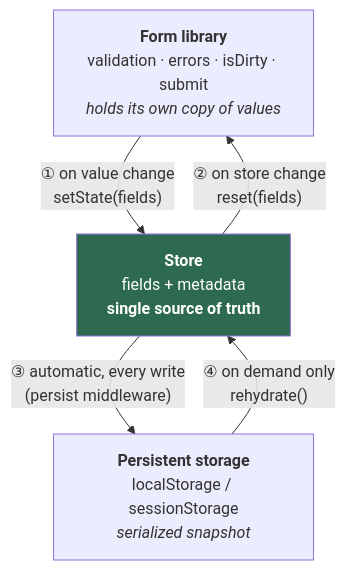
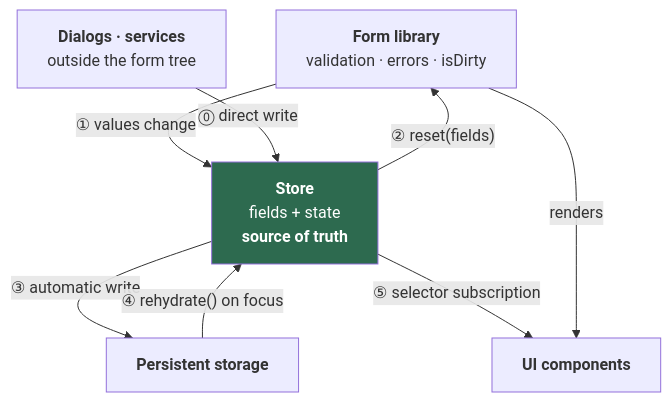
Before and after one commit to jadecubes/multi-party-state-sync: the first of 6 diagrams in README.md, drawn with Mermaid. The commit also changed other lines of this file, not shown here.

````diff
--- a/README.md
+++ b/README.md
@@ -66,13 +7,19 @@
 ```mermaid
 flowchart TB
-    F["<b>Form library</b><br/>validation · errors · isDirty · submit<br/><i>holds its own copy of values</i>"]
-    S["<b>Store</b><br/>fields + metadata<br/><b>single source of truth</b>"]
-    P["<b>Persistent storage</b><br/>localStorage / sessionStorage<br/><i>serialized snapshot</i>"]
+    F["<b>Form library</b><br/>validation · errors · isDirty"]
+    S["<b>Store</b><br/>fields + state<br/><b>source of truth</b>"]
+    P["<b>Persistent storage</b>"]
+    U["<b>UI components</b>"]
 
-    F -- "① on value change<br/>setState(fields)" --> S
-    S -- "② on store change<br/>reset(fields)" --> F
-    S -- "③ automatic, every write<br/>(persist middleware)" --> P
-    P -- "④ on demand only<br/>rehydrate()" --> S
+    D["<b>Dialogs · services</b><br/>outside the form tree"]
+
+    F -- "① values change" --> S
+    S -- "② reset(fields)" --> F
+    S -- "③ automatic write" --> P
+    P -- "④ rehydrate() on focus" --> S
+    S -- "⑤ selector subscription" --> U
+    D -- "⓪ direct write" --> S
+    F -- "renders" --> U
 
     style S fill:#2d6a4f,color:#fff
 ```
````
